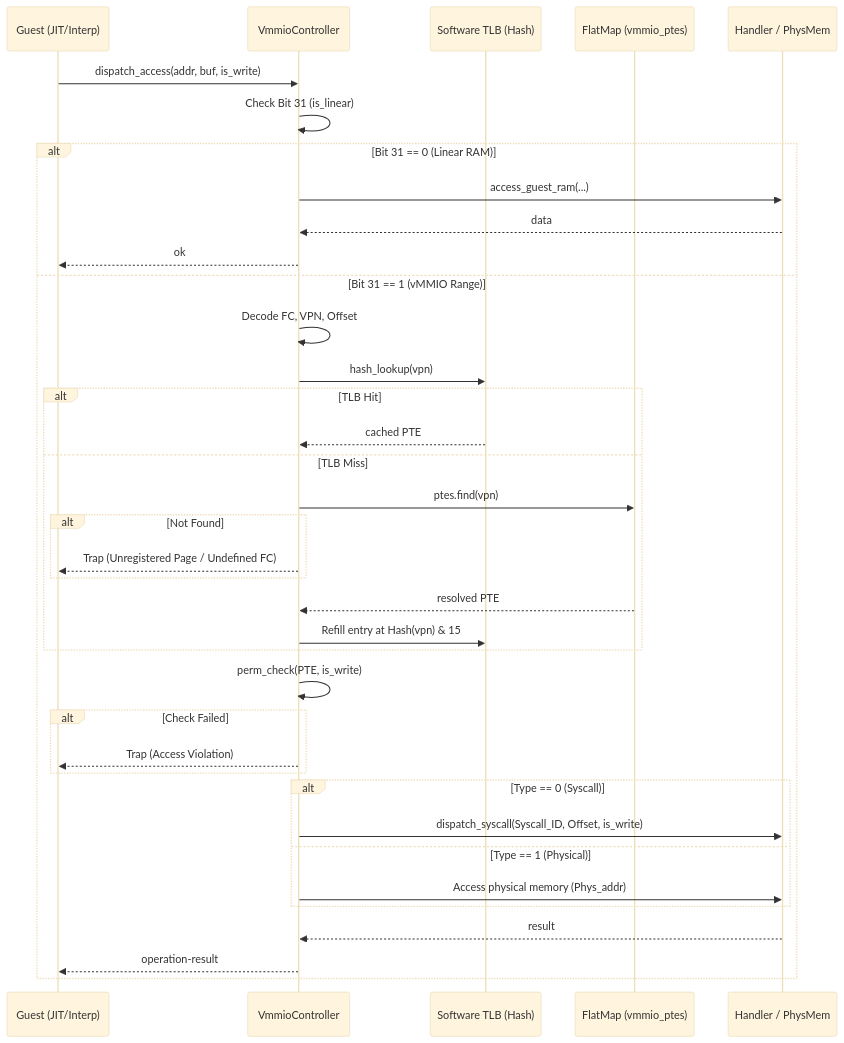
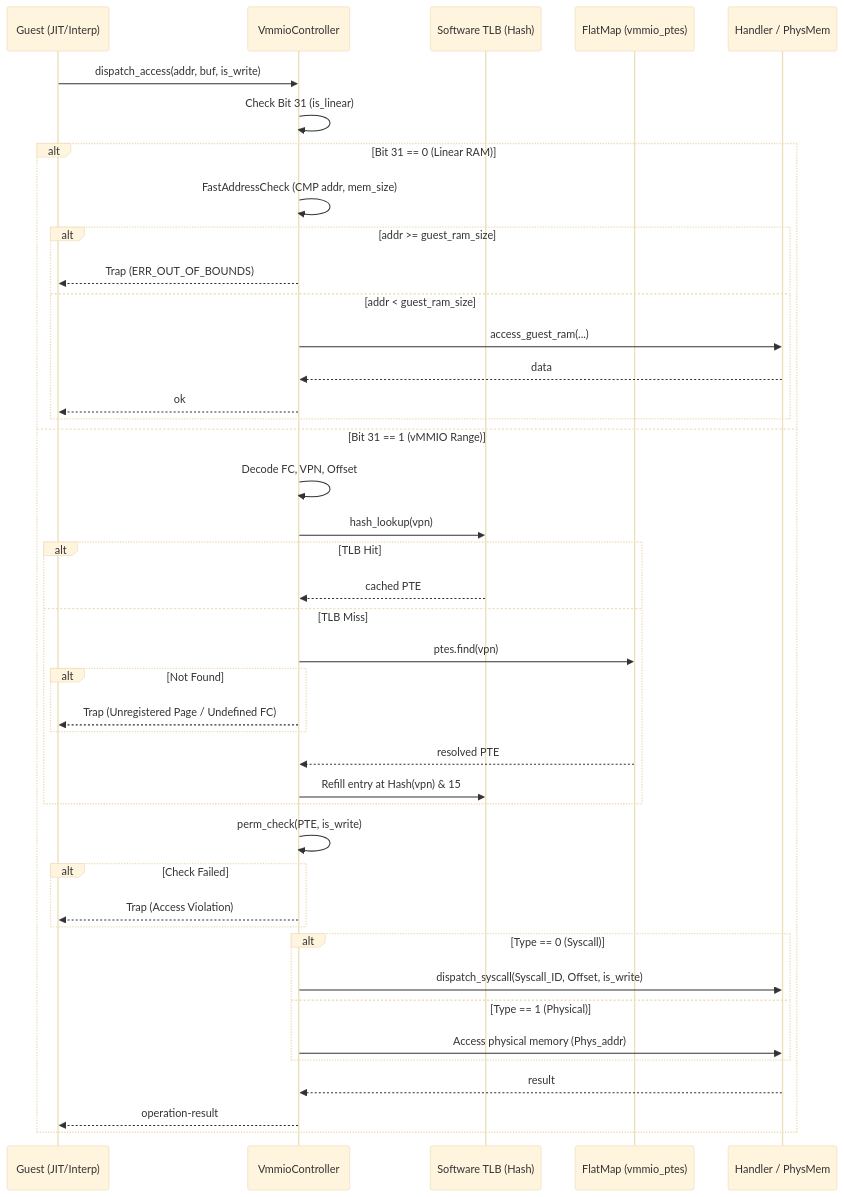
The fourth of 5 diagrams in docs/components/tier2_runtime/runtime_vmmio.md (kmt-t/fireball), drawn with Mermaid (base theme) before and after one commit. The commit also changed other lines of this file and 4 other files, not shown here.

Commit message:
fix(docs): harmonize diagrams, formal model, and tests for runtime_vmmio and os_coos

````diff
--- a/docs/components/tier2_runtime/runtime_vmmio.md
+++ b/docs/components/tier2_runtime/runtime_vmmio.md
@@ -322,42 +252,47 @@
 ```mermaid
 sequenceDiagram
     participant G as Guest (JIT/Interp)
     participant C as VmmioController
     participant T as Software TLB (Hash)
     participant F as FlatMap (vmmio_ptes)
     participant H as Handler / PhysMem
 
     G->>C: dispatch_access(addr, buf, is_write)
     C->>C: Check Bit 31 (is_linear)
     alt Bit 31 == 0 (Linear RAM)
-        C->>H: access_guest_ram(...)
-        H-->>C: data
-        C-->>G: ok
+        C->>C: FastAddressCheck (CMP addr, mem_size)
+        alt addr >= guest_ram_size
+            C-->>G: Trap (ERR_OUT_OF_BOUNDS)
+        else addr < guest_ram_size
+            C->>H: access_guest_ram(...)
+            H-->>C: data
+            C-->>G: ok
+        end
     else Bit 31 == 1 (vMMIO Range)
         C->>C: Decode FC, VPN, Offset
         C->>T: hash_lookup(vpn)
         alt TLB Hit
             T-->>C: cached PTE
         else TLB Miss
             C->>F: ptes.find(vpn)
             alt Not Found
                 C-->>G: Trap (Unregistered Page / Undefined FC)
             end
             F-->>C: resolved PTE
             C->>T: Refill entry at Hash(vpn) & 15
         end
 
         C->>C: perm_check(PTE, is_write)
         alt Check Failed
             C-->>G: Trap (Access Violation)
         end
 
         alt Type == 0 (Syscall)
             C->>H: dispatch_syscall(Syscall_ID, Offset, is_write)
         else Type == 1 (Physical)
             C->>H: Access physical memory (Phys_addr)
         end
         H-->>C: result
         C-->>G: operation-result
     end
 ```
````
